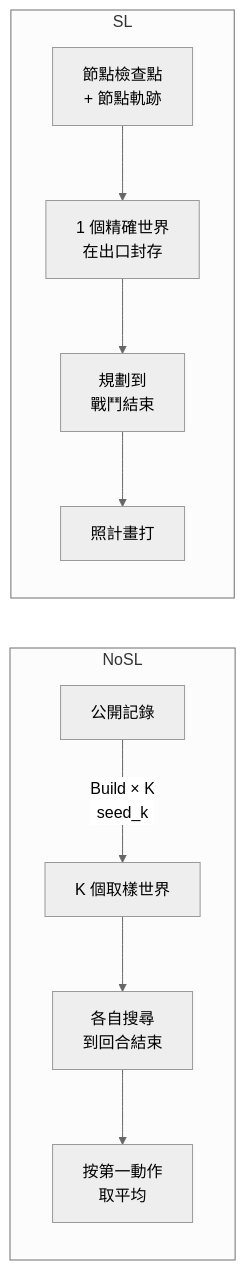
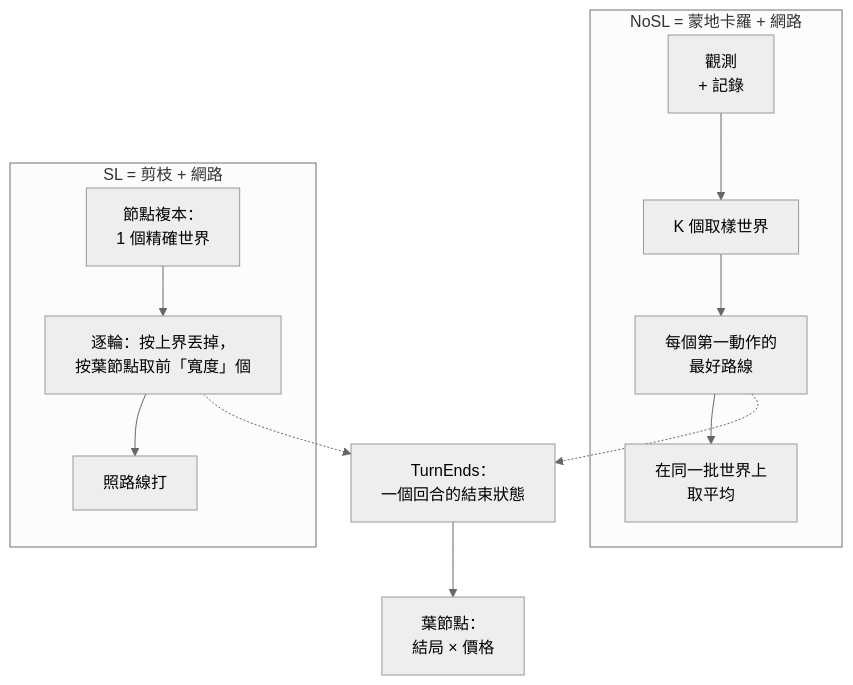
Before and after one commit to shinnku-nikaidou/spire-zero: the diagram in docs/src/content/docs/zh-tw/arch/combat-brain/index.mdx, drawn with Mermaid (neutral theme). The commit also changed other lines of this file and 42 other files, not shown here.

````diff
--- a/docs/src/content/docs/zh-tw/arch/combat-brain/index.mdx
+++ b/docs/src/content/docs/zh-tw/arch/combat-brain/index.mdx
@@ -57,11 +94,15 @@
 ```mermaid
-flowchart LR
-  subgraph NoSL
-    R["公開記錄"] -->|"Build × K<br/>seed_k"| W["K 個取樣世界"]
-    W --> S1["各自搜尋<br/>到回合結束"] --> A["按第一動作<br/>取平均"]
+flowchart TB
+  subgraph NoSL["NoSL = 蒙地卡羅 + 網路"]
+    R["觀測<br/>+ 記錄"] --> W["K 個取樣世界"]
+    W --> N["每個第一動作的<br/>最好路線"]
+    N --> A["在同一批世界上<br/>取平均"]
   end
-  subgraph SL
-    E["節點檢查點<br/>+ 節點軌跡"] --> C["1 個精確世界<br/>在出口封存"]
-    C --> S2["規劃到<br/>戰鬥結束"] --> F["照計畫打"]
+  subgraph SL["SL = 剪枝 + 網路"]
+    C["節點複本：<br/>1 個精確世界"] --> S["逐輪：按上界丟掉，<br/>按葉節點取前「寬度」個"]
+    S --> F["照路線打"]
   end
+  N -.-> T["TurnEnds：<br/>一個回合的結束狀態"]
+  S -.-> T
+  T --> L["葉節點：<br/>結局 × 價格"]
 ```
````
